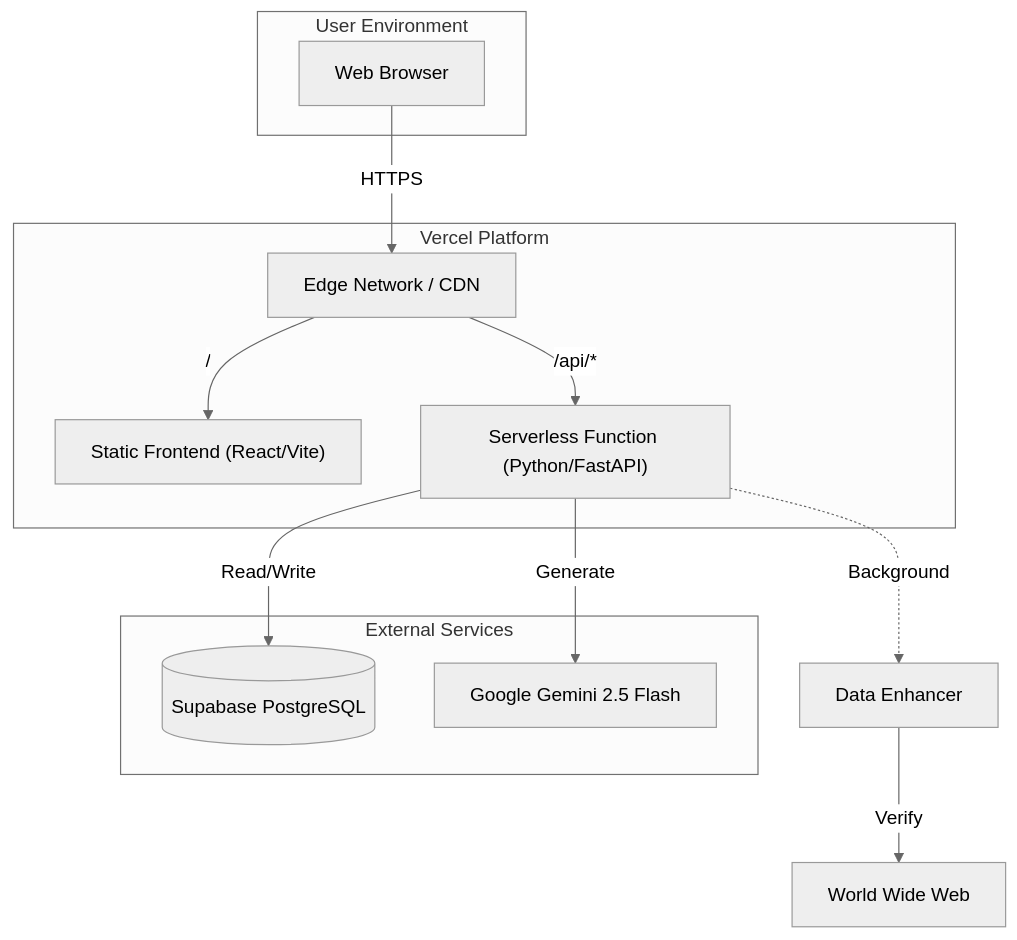
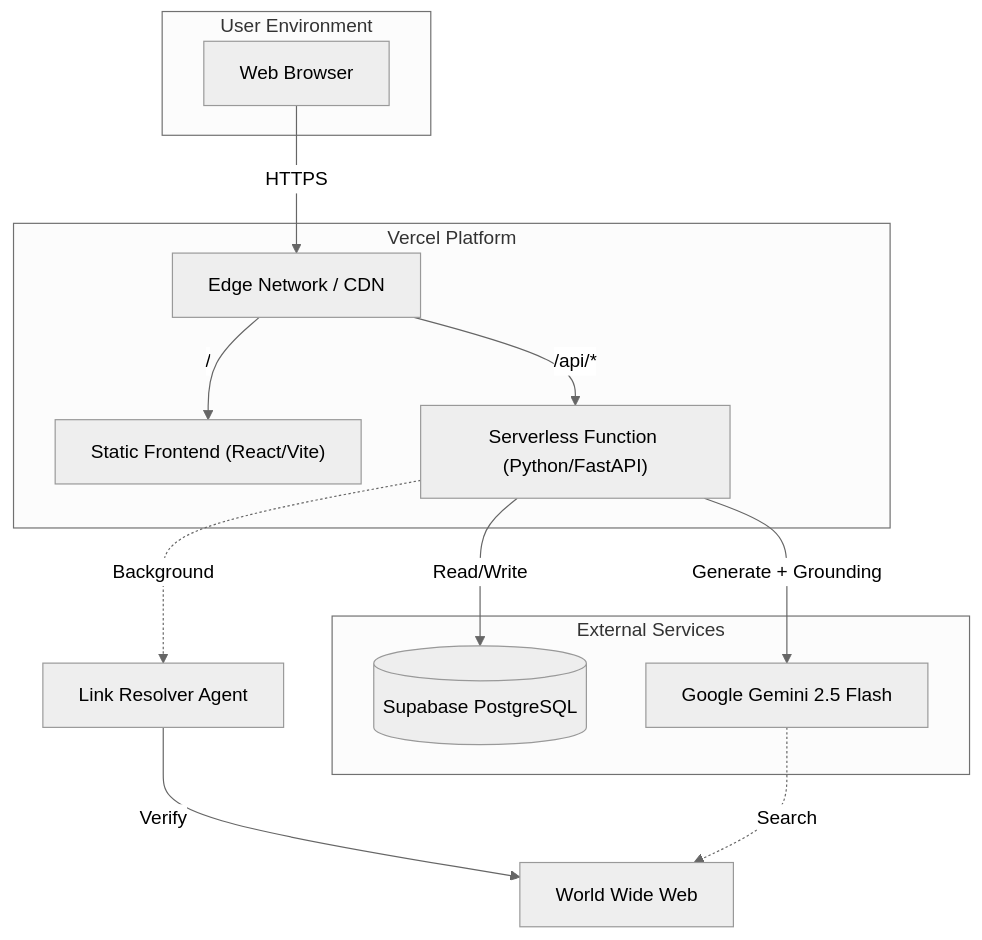
One commit to KAFKA2306/rule-scribe-games changed the first of 3 diagrams in docs/PROJECT_MASTER_GUIDE.md. Above: the diagram before and after it, drawn with Mermaid (neutral theme). The commit also changed other lines of this file and 19 other files, not shown here.

````diff
--- a/docs/PROJECT_MASTER_GUIDE.md
+++ b/docs/PROJECT_MASTER_GUIDE.md
@@ -67,26 +68,27 @@
 ```mermaid
 graph TD
     subgraph Client ["User Environment"]
         Browser["Web Browser"]
     end
 
     subgraph Vercel ["Vercel Platform"]
         CDN["Edge Network / CDN"]
         FE["Static Frontend (React/Vite)"]
         BE["Serverless Function (Python/FastAPI)"]
     end
 
     subgraph External ["External Services"]
         Supabase[("Supabase PostgreSQL")]
         Gemini["Google Gemini 2.5 Flash"]
     end
 
     Browser --> |HTTPS| CDN
     CDN --> |/| FE
     CDN --> |/api/*| BE
 
     BE --> |Read/Write| Supabase
-    BE --> |Generate| Gemini
-    BE -.-> |Background| DataEnhancer["Data Enhancer"]
-    DataEnhancer --> |Verify| Internet["World Wide Web"]
+    BE --> |Generate + Grounding| Gemini
+    BE -.-> |Background| LinkResolver["Link Resolver Agent"]
+    LinkResolver --> |Verify| Internet["World Wide Web"]
+    Gemini -.-> |Search| Internet
 ```
````
